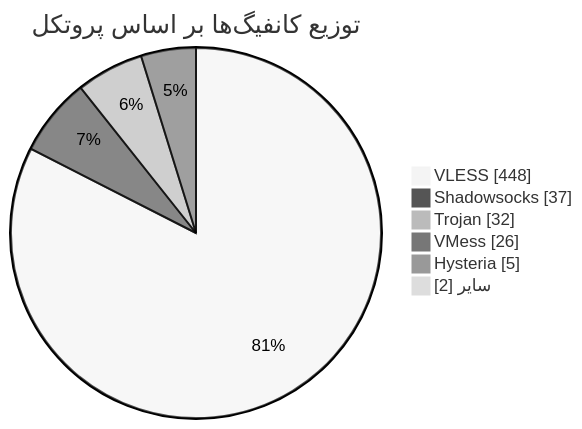
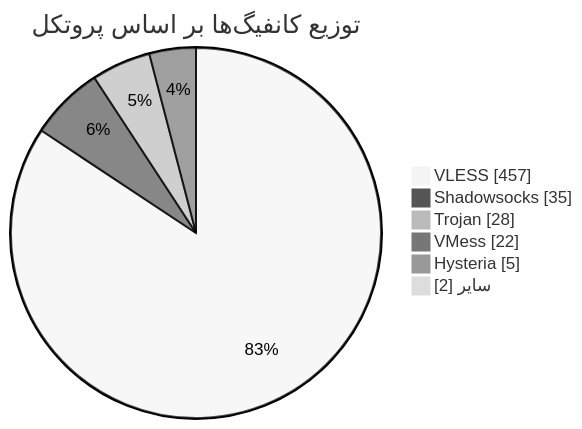
One commit to Arian-Alijani/Somthing changed the diagram in README.md. Above: the diagram before and after it, drawn with Mermaid (neutral theme). The commit also changed other lines of this file and 63 other files, not shown here.

````diff
--- a/README.md
+++ b/README.md
@@ -48,10 +48,10 @@
 ```mermaid
 pie showData
     title توزیع کانفیگ‌ها بر اساس پروتکل
-    "VLESS" : 448
-    "Shadowsocks" : 37
-    "Trojan" : 32
-    "VMess" : 26
+    "VLESS" : 457
+    "Shadowsocks" : 35
+    "Trojan" : 28
+    "VMess" : 22
     "Hysteria" : 5
     "سایر" : 2
 ```
````
